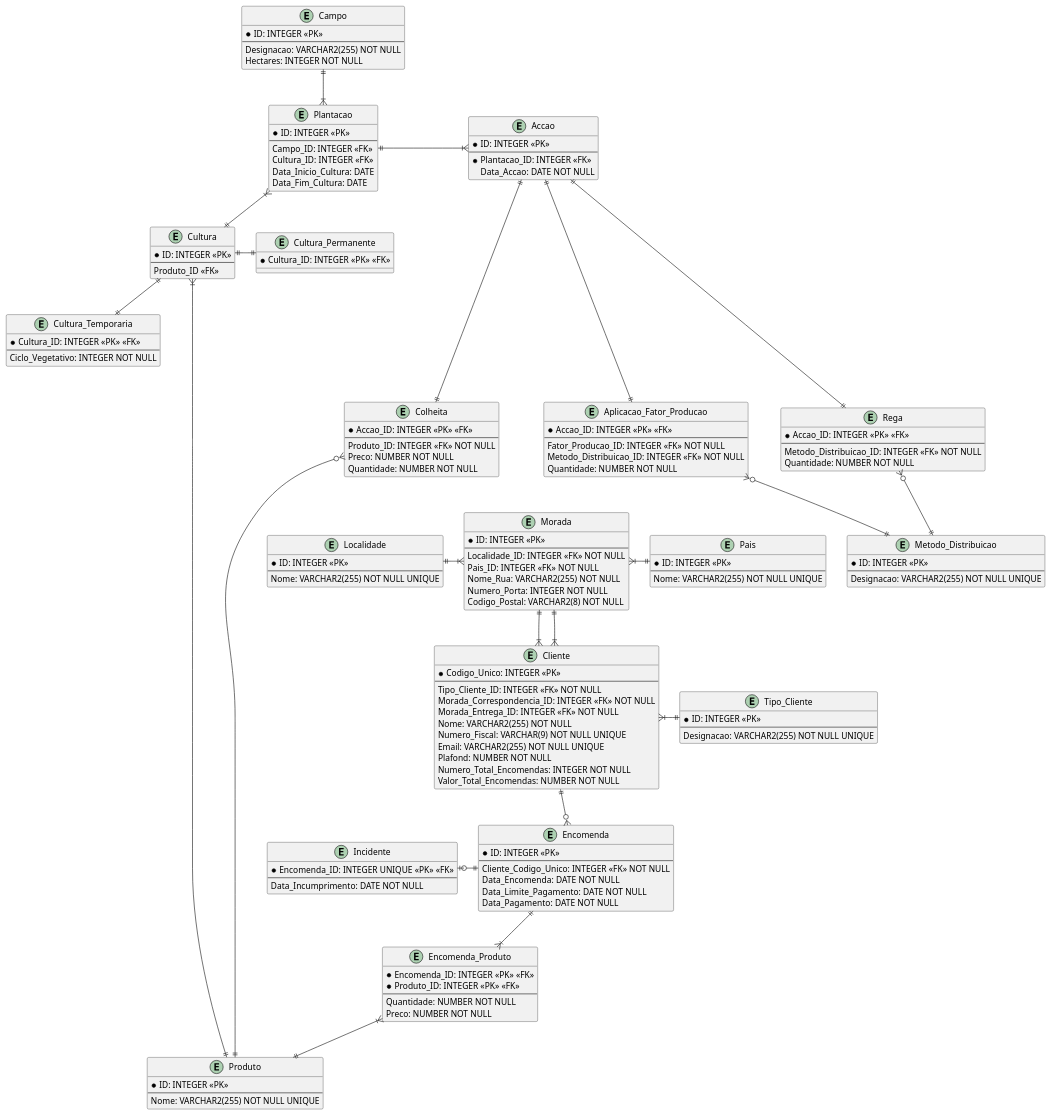
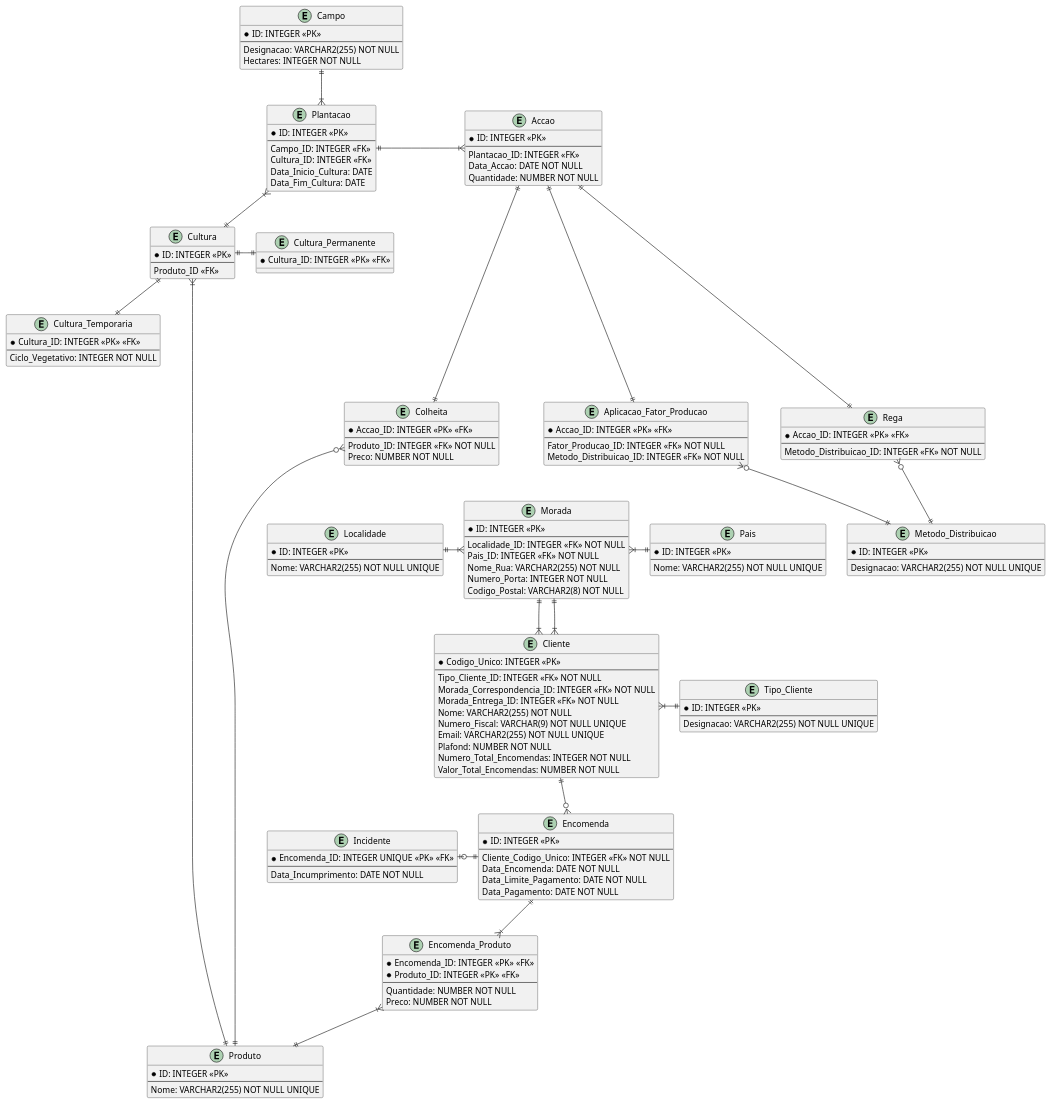
The diagram in BDDAD/Quinta-Finanças.puml (Mendoncaa/LAPR3), drawn with PlantUML before and after one commit.

Commit message:
[US210] Correções no modelo Lógico;

```diff
--- a/BDDAD/Quinta-Finanças.puml
+++ b/BDDAD/Quinta-Finanças.puml
@@ -1,194 +1,192 @@
 @startuml Quinta-Finanças
 
 /'TODO #1:- Verificar se a Designação de um Campo é única e se estas 
 devem seguir um conjunto de regras;'/
 /'TODO #2:- Determinar o valor minímo de uma qualquer Área;'/
 /'Constraints:- [[Area, CHECK(Area > Mínimo)]]'/
 entity Campo {
     * ID: INTEGER <<PK>>
     --
     Designacao: VARCHAR2(255) NOT NULL
     Hectares: INTEGER NOT NULL
 }
 
 /'Triggers:-
     #1: Verificar que uma Cultura não é simultaneamente uma Cultura_Temporaria
     e Cultura_Permanente;'/
 entity Cultura {
     * ID: INTEGER <<PK>>
     --
     Produto_ID <<FK>>
 }
 
 /'Contraints:- [[Ciclo_Vegetativo, CHECK(Ciclo_Vegetativo > 0)], 
 [Ciclo_Vegetativo, CHECK(Ciclo_Vegetativo < 12)]]'/
 entity Cultura_Temporaria {
     * Cultura_ID: INTEGER <<PK>> <<FK>>
     --
     Ciclo_Vegetativo: INTEGER NOT NULL
 }
 
 entity Cultura_Permanente {
     * Cultura_ID: INTEGER <<PK>> <<FK>>
 }
 
 /'Constraints:- [[Campo_ID, Data_Inicio_Cultura, UNIQUE(Campo_ID, Data_Inicio_Cultura)], 
 [Data_Fim_Cultura, CHECK(Data_Fim_Cultura < Data_Inicio_Cultura)]]'/
 entity Plantacao {
     * ID: INTEGER <<PK>>
     --
     Campo_ID: INTEGER <<FK>>
     Cultura_ID: INTEGER <<FK>>
     Data_Inicio_Cultura: DATE
     Data_Fim_Cultura: DATE
 }
 
 entity Produto {
     * ID: INTEGER <<PK>>
     --
     Nome: VARCHAR2(255) NOT NULL UNIQUE
 }
 
 entity Tipo_Cliente {
     * ID: INTEGER <<PK>>
     --
     Designacao: VARCHAR2(255) NOT NULL UNIQUE
 }
 
 /'Constraints:- [[Numero_Fiscal, CHECK(Numero_Fiscal LIKE "[0-9]{9}")], 
 [Email, CHECK(Email LIKE "[a-z][0-9a-z]*@[a-z]+\.[a-z]")]]'/
 entity Cliente {
     * Codigo_Unico: INTEGER <<PK>>
     --
     Tipo_Cliente_ID: INTEGER <<FK>> NOT NULL
     Morada_Correspondencia_ID: INTEGER <<FK>> NOT NULL
     Morada_Entrega_ID: INTEGER <<FK>> NOT NULL
     Nome: VARCHAR2(255) NOT NULL
     Numero_Fiscal: VARCHAR(9) NOT NULL UNIQUE
     Email: VARCHAR2(255) NOT NULL UNIQUE
     Plafond: NUMBER NOT NULL
     Numero_Total_Encomendas: INTEGER NOT NULL
     Valor_Total_Encomendas: NUMBER NOT NULL
 }
 
 /'Constraints:- [[Numero_Porta, CHECK(Numero_Porta > 0)], 
 [Codigo_Postal, CHECK(Codigo_Postal LIKE "[0-9]{4}-[0-9]{3}")]]'/
 entity Morada {
     * ID: INTEGER <<PK>>
     --
     Localidade_ID: INTEGER <<FK>> NOT NULL
     Pais_ID: INTEGER <<FK>> NOT NULL
     Nome_Rua: VARCHAR2(255) NOT NULL
     Numero_Porta: INTEGER NOT NULL
     Codigo_Postal: VARCHAR2(8) NOT NULL
 }
 
 entity Localidade {
     * ID: INTEGER <<PK>>
     --
     Nome: VARCHAR2(255) NOT NULL UNIQUE
 }
 
 entity Pais {
     * ID: INTEGER <<PK>>
     --
     Nome: VARCHAR2(255) NOT NULL UNIQUE
 }
 
 entity Encomenda {
     * ID: INTEGER <<PK>>
     --
     Cliente_Codigo_Unico: INTEGER <<FK>> NOT NULL
     Data_Encomenda: DATE NOT NULL
     Data_Limite_Pagamento: DATE NOT NULL
     Data_Pagamento: DATE NOT NULL
 }
 
 /'Triggers:-
     #1:'/
 entity Incidente {
     * Encomenda_ID: INTEGER UNIQUE <<PK>> <<FK>> 
     --
     Data_Incumprimento: DATE NOT NULL
 }
 
 entity Encomenda_Produto {
     * Encomenda_ID: INTEGER <<PK>> <<FK>>
     * Produto_ID: INTEGER <<PK>> <<FK>>
     --
     Quantidade: NUMBER NOT NULL
     Preco: NUMBER NOT NULL
 }
 
 /'Constraints:- [[Quantidade, CHECK(Quantidade > 0)]]'/
 entity Accao {
     * ID: INTEGER <<PK>>
     --
-    *Plantacao_ID: INTEGER <<FK>>
+    Plantacao_ID: INTEGER <<FK>>
     Data_Accao: DATE NOT NULL
+    Quantidade: NUMBER NOT NULL
 }
 
 entity Metodo_Distribuicao {
     * ID: INTEGER <<PK>>
     --
     Designacao: VARCHAR2(255) NOT NULL UNIQUE
 }
 
 entity Rega {
     * Accao_ID: INTEGER <<PK>> <<FK>>
     --
     Metodo_Distribuicao_ID: INTEGER <<FK>> NOT NULL
-    Quantidade: NUMBER NOT NULL
 }
 
 entity Aplicacao_Fator_Producao {
     * Accao_ID: INTEGER <<PK>> <<FK>>
     --
     Fator_Producao_ID: INTEGER <<FK>> NOT NULL
     Metodo_Distribuicao_ID: INTEGER <<FK>> NOT NULL
-    Quantidade: NUMBER NOT NULL
 }
 
 entity Colheita {
     * Accao_ID: INTEGER <<PK>> <<FK>>
     --
     Produto_ID: INTEGER <<FK>> NOT NULL
     Preco: NUMBER NOT NULL
-    Quantidade: NUMBER NOT NULL
 }
 
 Campo ||-d-|{ Plantacao
 
 Cultura ||-u-|{ Plantacao
 Cultura ||-d-|| Cultura_Temporaria
 Cultura ||-r-|| Cultura_Permanente
 
 Produto ||-u-|{Cultura
 
 Plantacao ||-r-|{ Accao
 
 Tipo_Cliente ||-l-|{ Cliente
 
 Morada ||-d-|{ Cliente
 Morada ||-d-|{ Cliente
 
 Localidade ||-r-|{ Morada
 
 Pais ||-l-|{ Morada
 
 Cliente ||-d-o{ Encomenda
 
 Encomenda ||-l-o| Incidente
 Encomenda ||-d-|{ Encomenda_Produto
 
 Produto ||-u-|{ Encomenda_Produto
 Produto ||---u---o{ Colheita
 
 Accao ||--d--|| Rega
 Accao ||--d--|| Aplicacao_Fator_Producao
 Accao ||--d--|| Colheita
 
 Metodo_Distribuicao ||-u-o{ Rega
 Metodo_Distribuicao ||-u-o{ Aplicacao_Fator_Producao
 
 @enduml
```
